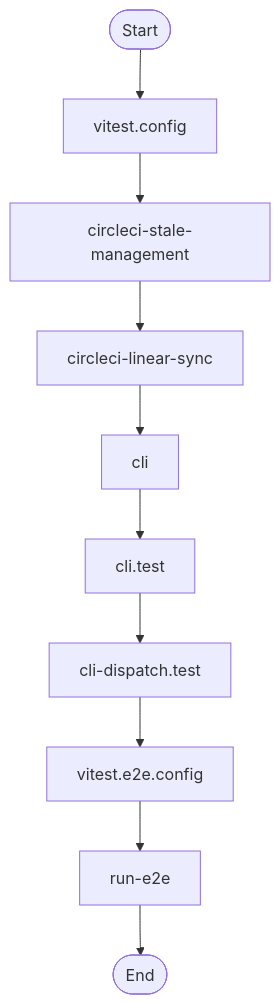
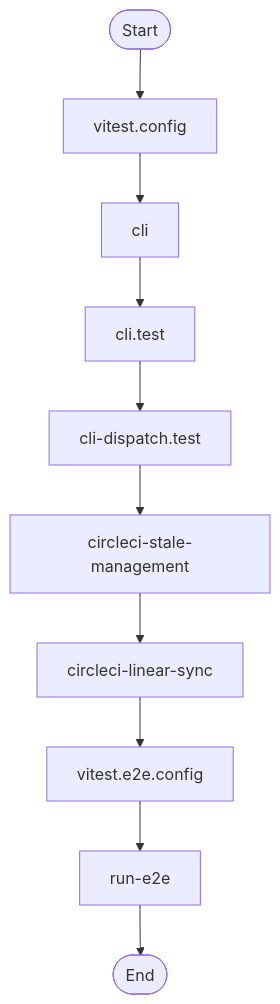
The seventh of 10 diagrams in AI/context/diagram-context.md (jscraik/coding-harness), drawn with Mermaid before and after one commit. The commit also changed other lines of this file and 5 other files, not shown here.

Commit message:
chore(diagrams): auto-refresh architecture diagrams

````diff
--- a/AI/context/diagram-context.md
+++ b/AI/context/diagram-context.md
@@ -564,22 +564,22 @@
 ```mermaid
 flowchart TD
   Start(["Start"])
   vitest_config_a9f1245e["vitest.config"]
   Start --> vitest_config_a9f1245e
-  circleci_stale_management_664de1d9["circleci-stale-management"]
-  vitest_config_a9f1245e --> circleci_stale_management_664de1d9
-  circleci_linear_sync_19c0d6da["circleci-linear-sync"]
-  circleci_stale_management_664de1d9 --> circleci_linear_sync_19c0d6da
   cli_99bb8840["cli"]
-  circleci_linear_sync_19c0d6da --> cli_99bb8840
+  vitest_config_a9f1245e --> cli_99bb8840
   cli_test_4851f28b["cli.test"]
   cli_99bb8840 --> cli_test_4851f28b
   cli_dispatch_test_54c9f17b["cli-dispatch.test"]
   cli_test_4851f28b --> cli_dispatch_test_54c9f17b
+  circleci_stale_management_664de1d9["circleci-stale-management"]
+  cli_dispatch_test_54c9f17b --> circleci_stale_management_664de1d9
+  circleci_linear_sync_19c0d6da["circleci-linear-sync"]
+  circleci_stale_management_664de1d9 --> circleci_linear_sync_19c0d6da
   vitest_e2e_config_4e2a61bc["vitest.e2e.config"]
-  cli_dispatch_test_54c9f17b --> vitest_e2e_config_4e2a61bc
+  circleci_linear_sync_19c0d6da --> vitest_e2e_config_4e2a61bc
   run_e2e_39efe696["run-e2e"]
   vitest_e2e_config_4e2a61bc --> run_e2e_39efe696
   End(["End"])
   run_e2e_39efe696 --> End
 ```
````
